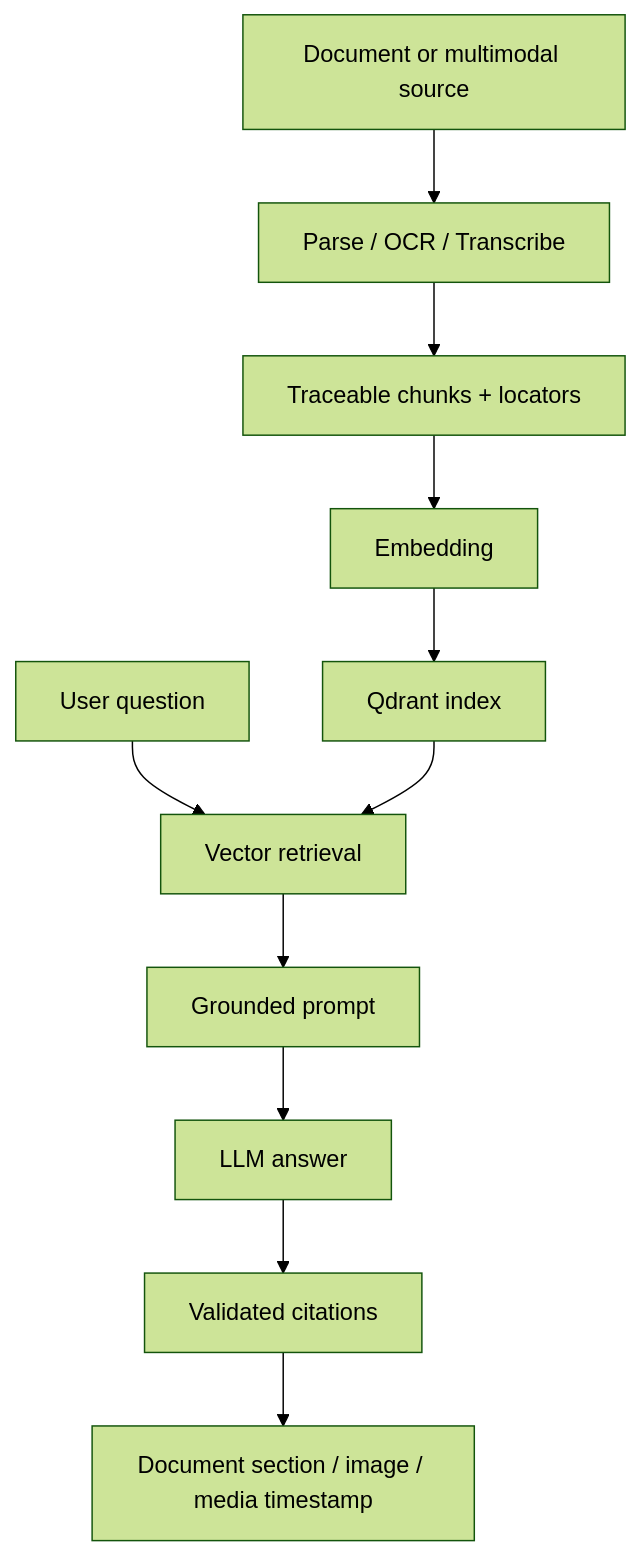
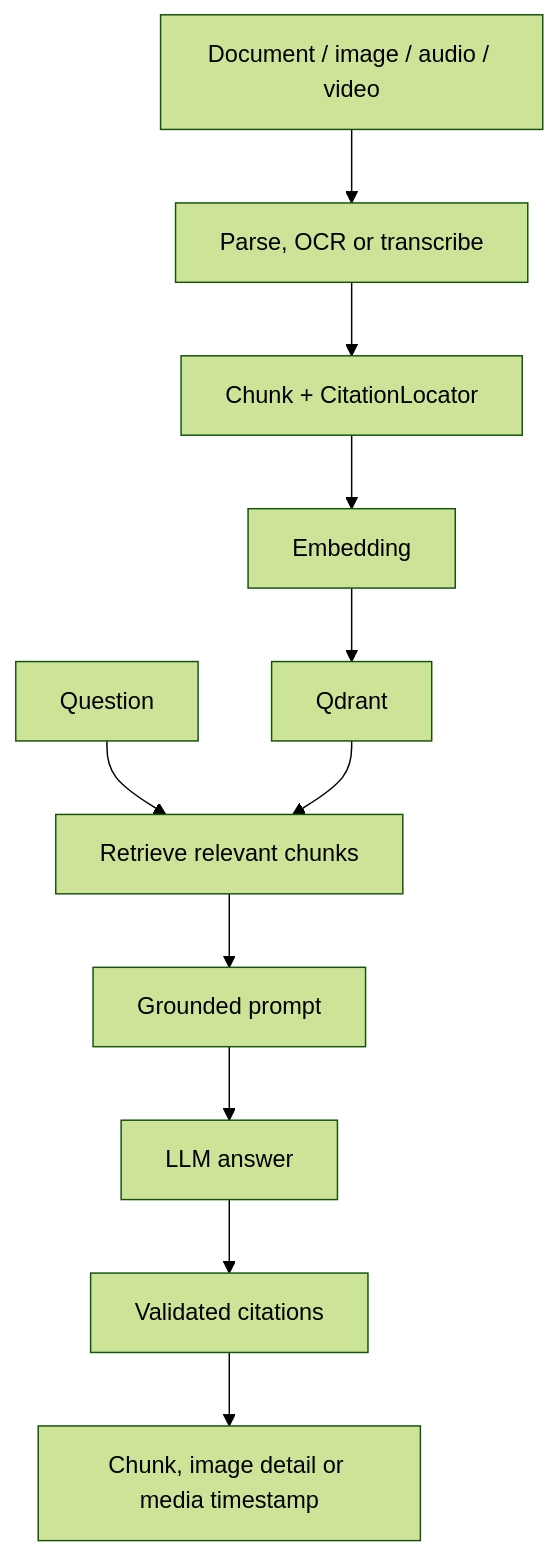
The second of 4 diagrams in README.md (DZH166/AI-Knowledge-OS-Pro), drawn with Mermaid (forest theme) before and after one commit. The commit also changed other lines of this file and 38 other files, not shown here.

````diff
--- a/README.md
+++ b/README.md
@@ -73,13 +92,13 @@
 ```mermaid
 flowchart TD
-    A["Document or multimodal source"] --> B["Parse / OCR / Transcribe"]
-    B --> C["Traceable chunks + locators"]
-    C --> D["Embedding"]
-    D --> E["Qdrant index"]
-    Q["User question"] --> F["Vector retrieval"]
-    E --> F
-    F --> G["Grounded prompt"]
-    G --> H["LLM answer"]
-    H --> I["Validated citations"]
-    I --> J["Document section / image / media timestamp"]
+    Source["Document / image / audio / video"] --> Process["Parse, OCR or transcribe"]
+    Process --> Chunk["Chunk + CitationLocator"]
+    Chunk --> Embed["Embedding"]
+    Embed --> Index["Qdrant"]
+    Question["Question"] --> Retrieve["Retrieve relevant chunks"]
+    Index --> Retrieve
+    Retrieve --> Prompt["Grounded prompt"]
+    Prompt --> Answer["LLM answer"]
+    Answer --> Citation["Validated citations"]
+    Citation --> Jump["Chunk, image detail or media timestamp"]
 ```
````
